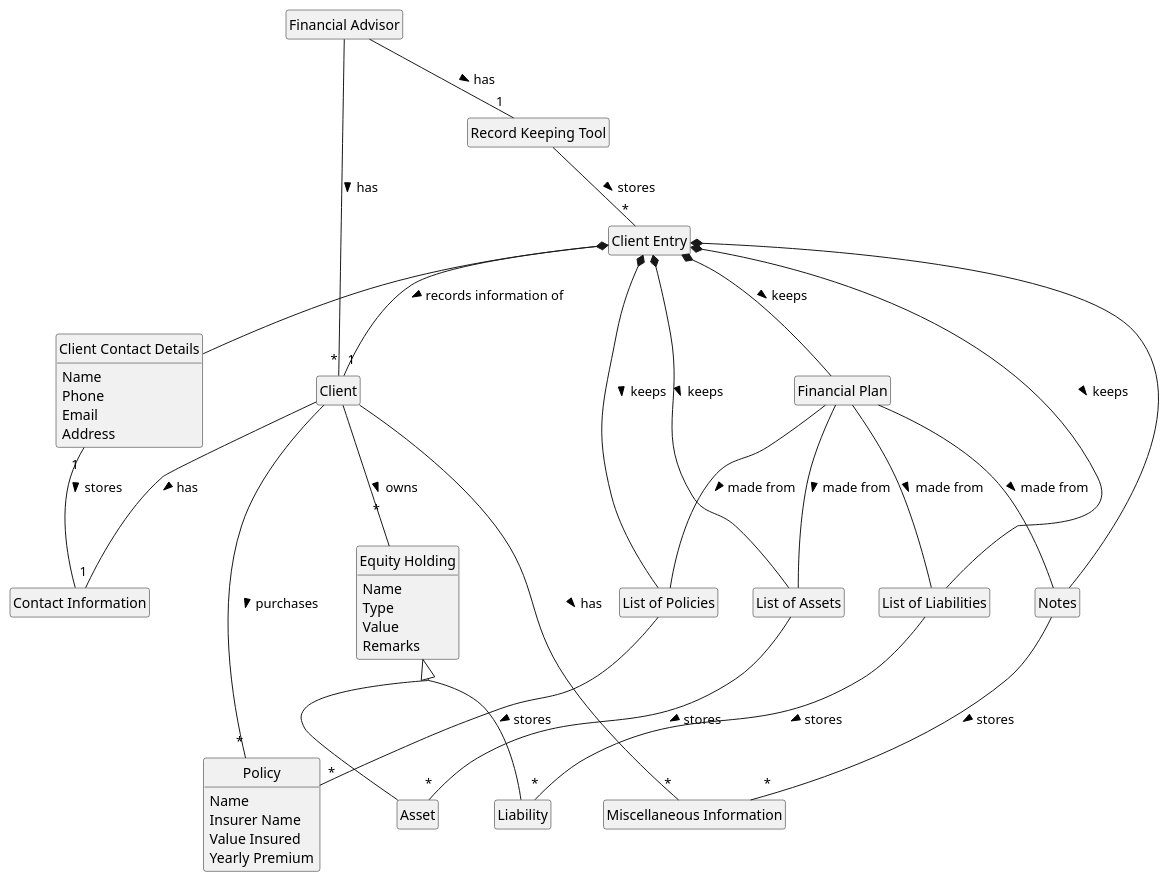
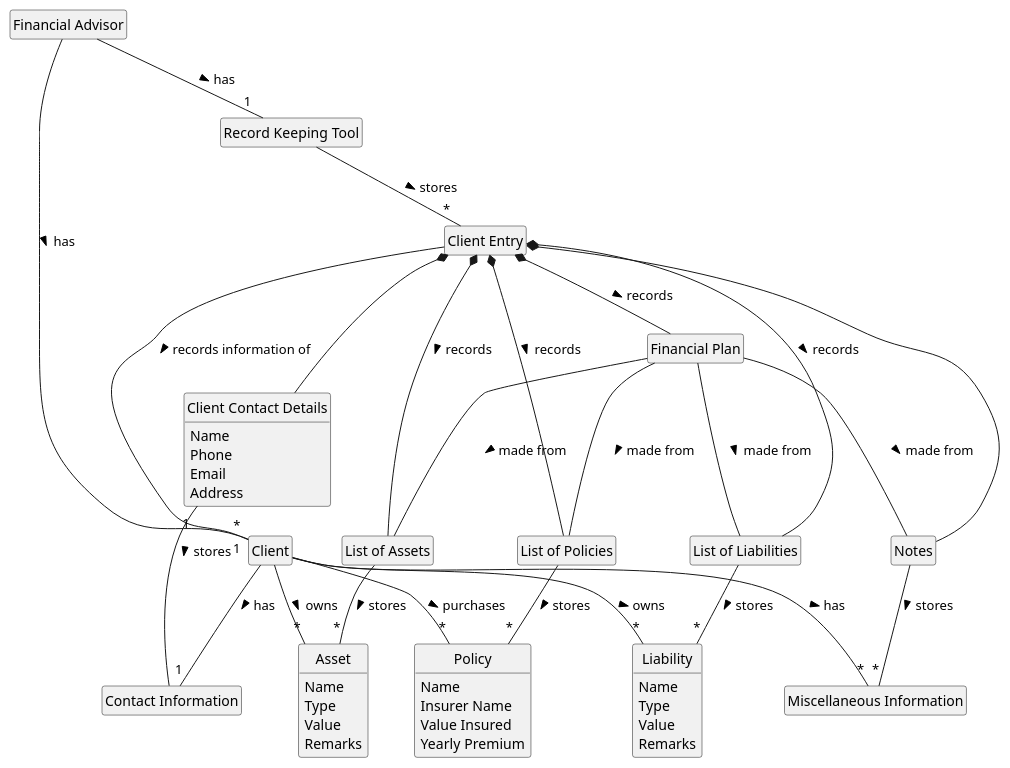
One commit to sheehui/tp changed the diagram in docs/diagrams/OverviewOodmDiagram.puml. Above: the diagram before and after it, drawn with PlantUML.

Commit message:
Update OODM

```diff
--- a/docs/diagrams/OverviewOodmDiagram.puml
+++ b/docs/diagrams/OverviewOodmDiagram.puml
@@ -1,91 +1,94 @@
 @startuml Domain Model
 skinparam style strictuml
 skinparam groupInheritance 2
+
 
 hide empty members
 
 class "Financial Advisor" as FinancialAdvisor {
 }
 
 class "Client" as Client {
 
 }
 
 class "Contact Information" {
 }
 
 class "Policy" {
     Name
     Insurer Name
     Value Insured
     Yearly Premium
 }
 
 class "Asset" {
-}
-
-class "Liability" {
-}
-
-class "Equity Holding" {
     Name
     Type
     Value
     Remarks
 }
+
+class "Liability" {
+    Name
+    Type
+    Value
+    Remarks
+}
+
+
 
 class "Miscellaneous Information" {
 
 }
 
 class "Record Keeping Tool" {
 }
 
 class "Client Entry" {
 }
 
 class "Client Contact Details" {
     Name
     Phone
     Email
     Address
 }
 
 class "List of Assets" {
 }
 
 
 FinancialAdvisor -- "1" "Record Keeping Tool": has >
 "Record Keeping Tool" -- "*" "Client Entry" : stores >
 
 FinancialAdvisor -- "*" "Client": has >
 
 "Client Entry" -- "1" "Client": records information of >
 
 "Client" -- "*" "Policy" : purchases >
-"Client" -- "*" "Equity Holding" : owns >
+"Client" -- "*" "Asset" : owns >
+"Client" -- "*" "Liability" : owns >
 "Client" -- "1" "Contact Information" : has >
 "Client" -- "*" "Miscellaneous Information" : has >
 
-"Equity Holding" <|-- "Asset"
-"Equity Holding" <|-- "Liability"
 
 "Client Entry" *-- "Client Contact Details"
-"Client Entry" *-- "List of Policies" :keeps >
-"Client Entry" *-- "List of Assets" :keeps >
-"Client Entry" *-- "List of Liabilities" :keeps >
-"Client Entry" *-- "Financial Plan" :keeps >
+"Client Entry" *-- "List of Policies" :records >
+"Client Entry" *-- "List of Assets" :records >
+"Client Entry" *-- "List of Liabilities" :records >
+"Client Entry" *-- "Financial Plan" :records >
 "Client Entry" *-- "Notes"
 
 "Client Contact Details" "1" -- "Contact Information": stores >
 "List of Policies" -- "*""Policy": stores >
 "List of Assets" -- "*""Asset": stores >
 "List of Liabilities" -- "*""Liability": stores >
 "Notes" -- "*" "Miscellaneous Information": stores >
 
 "Financial Plan" -- "List of Policies": made from >
 "Financial Plan" -- "List of Assets": made from >
 "Financial Plan" -- "List of Liabilities": made from >
 "Financial Plan" -- "Notes": made from >
 
 @enduml
```
